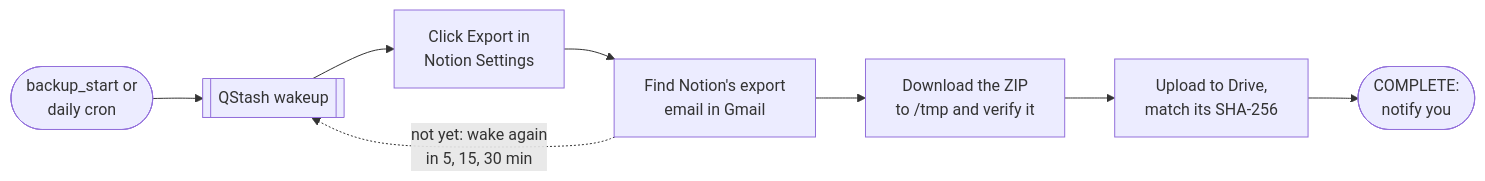
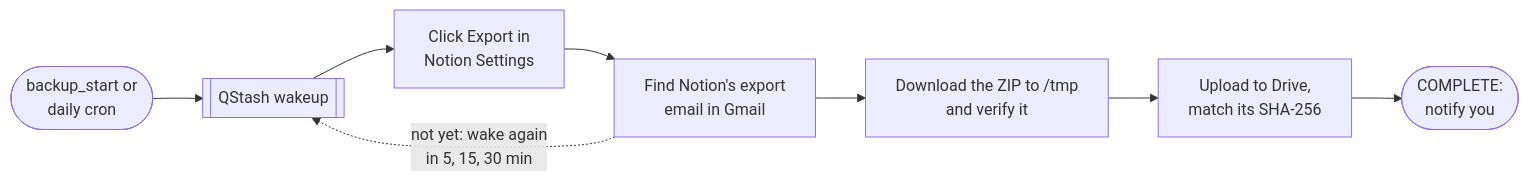
One commit to itemka/nodejs-backend-mastery changed the second of 2 diagrams in workspaces/apps/notion-backup-automation/README.md. Above: the diagram before and after it, drawn with Mermaid. The commit also changed other lines of this file and 4 other files, not shown here.

````diff
--- a/workspaces/apps/notion-backup-automation/README.md
+++ b/workspaces/apps/notion-backup-automation/README.md
@@ -70,10 +104,10 @@
 ```mermaid
 flowchart LR
   Start([backup_start or<br/>daily cron]) --> Q[[QStash wakeup]]
   Q --> Trigger[Click Export in<br/>Notion Settings]
   Trigger --> Wait[Find Notion's export<br/>email in Gmail]
-  Wait --> Transfer[Download the ZIP<br/>to /tmp and verify it]
+  Wait --> Transfer[Download the ZIP to /tmp<br/>and verify it]
   Transfer --> Upload[Upload to Drive,<br/>match its SHA-256]
   Upload --> Done([COMPLETE:<br/>notify you])
   Wait -.->|not yet: wake again<br/>in 5, 15, 30 min| Q
 ```
````
